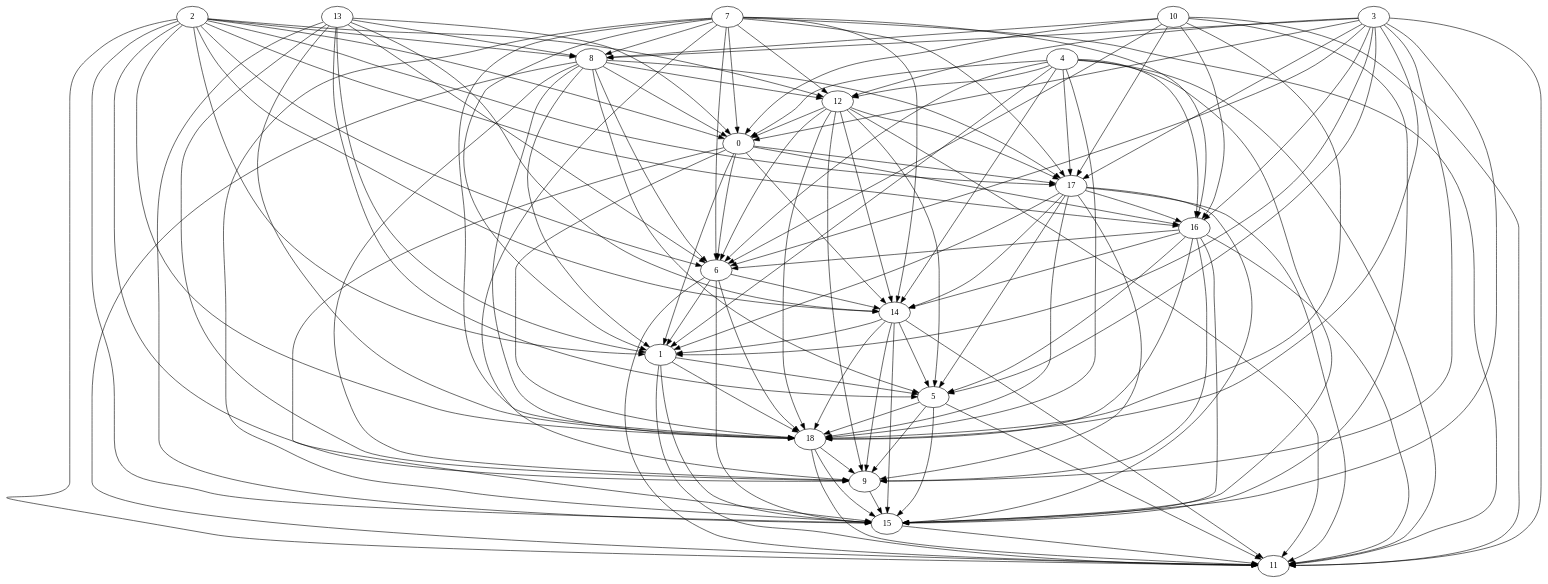
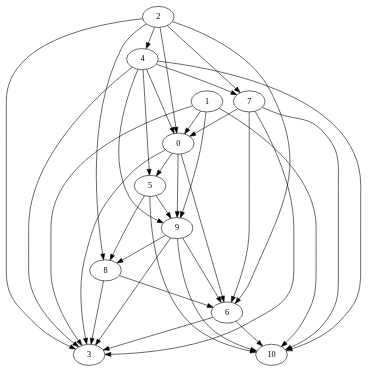
Before and after one commit to zsuh022/process-scheduler: the diagram in src/main/resources/dotfiles/random/Random_Graph.dot, drawn with Graphviz. The commit also changed 3 other files, not shown here.

```diff
--- a/src/main/resources/dotfiles/random/Random_Graph.dot
+++ b/src/main/resources/dotfiles/random/Random_Graph.dot
@@ -1,147 +1,48 @@
 digraph {
-	"11" ["Weight"=138];
-	"12" ["Weight"=299];
-	"13" ["Weight"=835];
-	"14" ["Weight"=741];
-	"15" ["Weight"=596];
-	"16" ["Weight"=266];
-	"17" ["Weight"=366];
-	"18" ["Weight"=996];
-	"0" ["Weight"=181];
-	"1" ["Weight"=765];
-	"2" ["Weight"=383];
-	"3" ["Weight"=654];
-	"4" ["Weight"=691];
-	"5" ["Weight"=858];
-	"6" ["Weight"=553];
-	"7" ["Weight"=654];
-	"8" ["Weight"=332];
-	"9" ["Weight"=863];
-	"10" ["Weight"=770];
-	"0" -> "1" ["Weight"=946];
-	"8" -> "9" ["Weight"=626];
-	"0" -> "6" ["Weight"=477];
-	"12" -> "17" ["Weight"=486];
-	"1" -> "11" ["Weight"=551];
-	"16" -> "11" ["Weight"=771];
-	"12" -> "14" ["Weight"=186];
-	"1" -> "15" ["Weight"=104];
-	"5" -> "11" ["Weight"=712];
-	"12" -> "11" ["Weight"=398];
-	"1" -> "18" ["Weight"=263];
-	"5" -> "15" ["Weight"=840];
-	"16" -> "18" ["Weight"=466];
-	"5" -> "18" ["Weight"=524];
-	"9" -> "15" ["Weight"=162];
-	"16" -> "15" ["Weight"=904];
-	"12" -> "18" ["Weight"=863];
-	"16" -> "14" ["Weight"=708];
-	"1" -> "5" ["Weight"=915];
-	"12" -> "0" ["Weight"=543];
-	"12" -> "5" ["Weight"=698];
-	"12" -> "6" ["Weight"=803];
-	"12" -> "9" ["Weight"=568];
-	"2" -> "0" ["Weight"=235];
-	"2" -> "1" ["Weight"=488];
-	"2" -> "6" ["Weight"=996];
-	"2" -> "8" ["Weight"=589];
-	"2" -> "9" ["Weight"=575];
-	"13" -> "0" ["Weight"=273];
-	"13" -> "1" ["Weight"=156];
-	"0" -> "14" ["Weight"=647];
-	"13" -> "5" ["Weight"=108];
-	"15" -> "11" ["Weight"=710];
-	"0" -> "15" ["Weight"=210];
-	"4" -> "11" ["Weight"=286];
-	"13" -> "6" ["Weight"=599];
-	"0" -> "16" ["Weight"=541];
-	"4" -> "12" ["Weight"=523];
-	"0" -> "17" ["Weight"=547];
-	"13" -> "8" ["Weight"=753];
-	"0" -> "18" ["Weight"=269];
-	"4" -> "14" ["Weight"=524];
-	"13" -> "9" ["Weight"=693];
-	"4" -> "15" ["Weight"=136];
-	"8" -> "11" ["Weight"=727];
-	"4" -> "16" ["Weight"=888];
-	"8" -> "12" ["Weight"=965];
-	"4" -> "17" ["Weight"=785];
-	"4" -> "18" ["Weight"=456];
-	"3" -> "0" ["Weight"=285];
-	"3" -> "1" ["Weight"=200];
-	"8" -> "17" ["Weight"=978];
-	"8" -> "18" ["Weight"=956];
-	"3" -> "5" ["Weight"=680];
-	"3" -> "6" ["Weight"=249];
-	"3" -> "8" ["Weight"=899];
-	"3" -> "9" ["Weight"=455];
-	"10" -> "11" ["Weight"=796];
-	"14" -> "1" ["Weight"=913];
-	"14" -> "5" ["Weight"=638];
-	"14" -> "9" ["Weight"=783];
-	"4" -> "0" ["Weight"=793];
-	"4" -> "1" ["Weight"=675];
-	"4" -> "6" ["Weight"=646];
-	"14" -> "15" ["Weight"=730];
-	"18" -> "11" ["Weight"=238];
-	"10" -> "18" ["Weight"=579];
-	"10" -> "17" ["Weight"=629];
-	"3" -> "11" ["Weight"=967];
-	"10" -> "16" ["Weight"=304];
-	"3" -> "12" ["Weight"=176];
-	"10" -> "15" ["Weight"=668];
-	"14" -> "11" ["Weight"=121];
-	"3" -> "15" ["Weight"=492];
-	"7" -> "11" ["Weight"=247];
-	"3" -> "16" ["Weight"=338];
-	"7" -> "12" ["Weight"=298];
-	"3" -> "17" ["Weight"=130];
-	"3" -> "18" ["Weight"=278];
-	"7" -> "14" ["Weight"=211];
-	"7" -> "15" ["Weight"=578];
-	"7" -> "16" ["Weight"=416];
-	"18" -> "15" ["Weight"=926];
-	"7" -> "17" ["Weight"=623];
-	"14" -> "18" ["Weight"=796];
-	"7" -> "18" ["Weight"=793];
-	"5" -> "9" ["Weight"=170];
-	"16" -> "5" ["Weight"=200];
-	"16" -> "6" ["Weight"=178];
-	"16" -> "9" ["Weight"=366];
-	"6" -> "1" ["Weight"=828];
-	"17" -> "1" ["Weight"=419];
-	"17" -> "5" ["Weight"=266];
-	"13" -> "15" ["Weight"=505];
-	"17" -> "11" ["Weight"=779];
-	"2" -> "11" ["Weight"=400];
-	"13" -> "14" ["Weight"=500];
-	"2" -> "12" ["Weight"=102];
-	"17" -> "9" ["Weight"=923];
-	"2" -> "14" ["Weight"=345];
-	"2" -> "15" ["Weight"=550];
-	"6" -> "11" ["Weight"=969];
-	"2" -> "16" ["Weight"=193];
-	"2" -> "17" ["Weight"=543];
-	"2" -> "18" ["Weight"=964];
-	"6" -> "14" ["Weight"=981];
-	"7" -> "0" ["Weight"=503];
-	"6" -> "15" ["Weight"=493];
-	"7" -> "1" ["Weight"=376];
-	"17" -> "18" ["Weight"=821];
-	"17" -> "16" ["Weight"=520];
-	"6" -> "18" ["Weight"=807];
-	"17" -> "15" ["Weight"=717];
-	"13" -> "18" ["Weight"=324];
-	"17" -> "14" ["Weight"=442];
-	"7" -> "6" ["Weight"=148];
-	"7" -> "8" ["Weight"=812];
-	"7" -> "9" ["Weight"=490];
-	"10" -> "0" ["Weight"=623];
-	"18" -> "9" ["Weight"=269];
-	"10" -> "6" ["Weight"=923];
-	"8" -> "0" ["Weight"=251];
-	"8" -> "1" ["Weight"=557];
-	"10" -> "8" ["Weight"=239];
-	"8" -> "5" ["Weight"=689];
-	"8" -> "6" ["Weight"=507];
+	"0" ["Weight"=298];
+	"1" ["Weight"=858];
+	"2" ["Weight"=237];
+	"3" ["Weight"=124];
+	"4" ["Weight"=918];
+	"5" ["Weight"=787];
+	"6" ["Weight"=332];
+	"7" ["Weight"=674];
+	"8" ["Weight"=591];
+	"9" ["Weight"=821];
+	"10" ["Weight"=348];
+	"2" -> "3" ["Weight"=450];
+	"4" -> "5" ["Weight"=798];
+	"2" -> "4" ["Weight"=578];
+	"0" -> "3" ["Weight"=612];
+	"4" -> "7" ["Weight"=109];
+	"2" -> "6" ["Weight"=577];
+	"0" -> "5" ["Weight"=202];
+	"2" -> "7" ["Weight"=963];
+	"4" -> "9" ["Weight"=908];
+	"0" -> "6" ["Weight"=156];
+	"2" -> "8" ["Weight"=305];
+	"0" -> "9" ["Weight"=875];
+	"1" -> "10" ["Weight"=579];
+	"4" -> "10" ["Weight"=876];
+	"5" -> "10" ["Weight"=817];
+	"6" -> "10" ["Weight"=788];
+	"7" -> "10" ["Weight"=215];
+	"9" -> "10" ["Weight"=118];
+	"7" -> "0" ["Weight"=961];
+	"9" -> "3" ["Weight"=958];
+	"7" -> "3" ["Weight"=892];
+	"9" -> "6" ["Weight"=435];
+	"1" -> "0" ["Weight"=558];
+	"7" -> "6" ["Weight"=147];
+	"9" -> "8" ["Weight"=432];
+	"1" -> "3" ["Weight"=816];
+	"5" -> "8" ["Weight"=360];
+	"5" -> "9" ["Weight"=815];
+	"1" -> "9" ["Weight"=949];
+	"8" -> "3" ["Weight"=339];
+	"4" -> "0" ["Weight"=749];
+	"6" -> "3" ["Weight"=984];
+	"2" -> "0" ["Weight"=999];
+	"8" -> "6" ["Weight"=332];
+	"4" -> "3" ["Weight"=378];
 }
```
